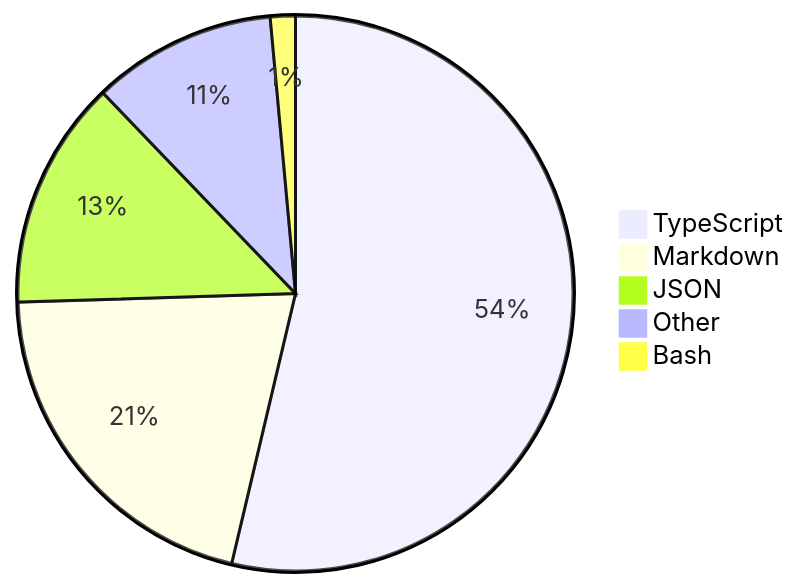
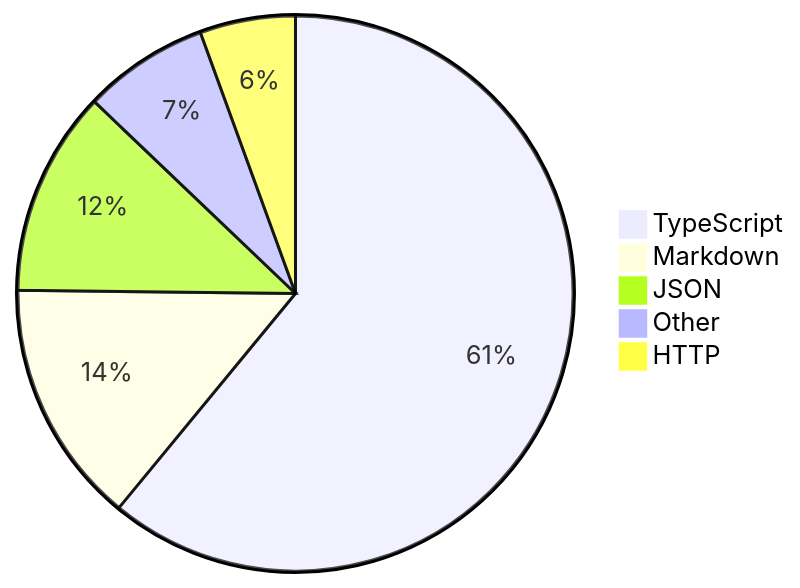
One commit to skvggor/skvggor changed the diagram in README.md. Above: the diagram before and after it, drawn with Mermaid.

Commit message:
Updated waka-readme graph with new metrics

````diff
--- a/README.md
+++ b/README.md
@@ -16,8 +16,8 @@
 ```mermaid
 pie
-    "TypeScript" : 51.6
-    "Markdown" : 20.0
-    "JSON" : 12.8
-    "Other" : 10.3
-    "Bash" : 1.4
+    "TypeScript" : 59.2
+    "Markdown" : 13.8
+    "JSON" : 11.6
+    "Other" : 7.1
+    "HTTP" : 5.4
 ```
````
